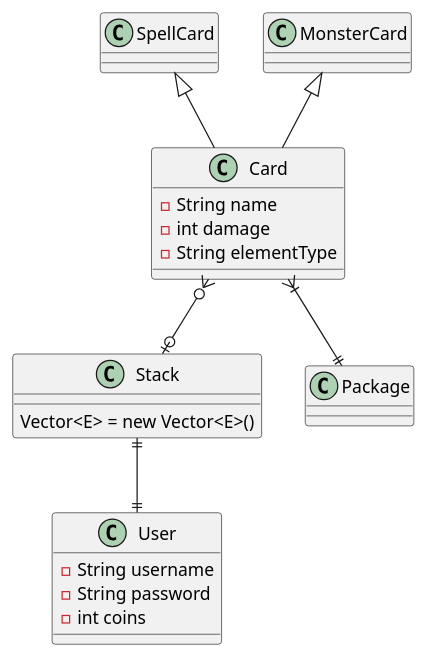
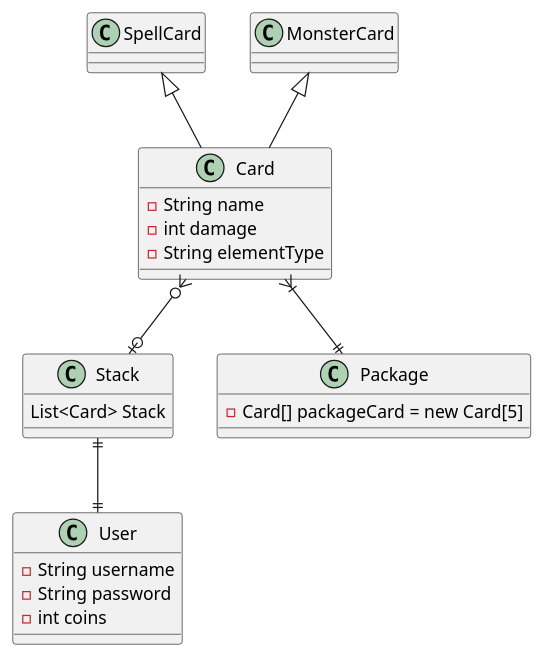
The diagram in untitled/CardGame.puml (bend1150/SWEN1), drawn with PlantUML before and after one commit. The commit also changed 24 other files, not shown here.

Commit message:
PUML Diagram + Klassen erstellt.

```diff
--- a/untitled/CardGame.puml
+++ b/untitled/CardGame.puml
@@ -1,37 +1,38 @@
 @startuml
 
 
 
 
 
 
 class SpellCard{}
 class MonsterCard{}
 
 MonsterCard <|-- Card
 
 SpellCard <|-- Card
 
 Card }o--o| Stack
 
 Stack ||--|| User
 
 Card}|--|| Package
 
 class Package{
+-Card[] packageCard = new Card[5]
 }
 
 class Card {
 -String name
 -int damage
 -String elementType
 }
 class User {
 -String username
 -String password
 -int coins
 }
 class Stack{
-Vector<E> = new Vector<E>()
-}
+List<Card> Stack
+ }
 @enduml
```
